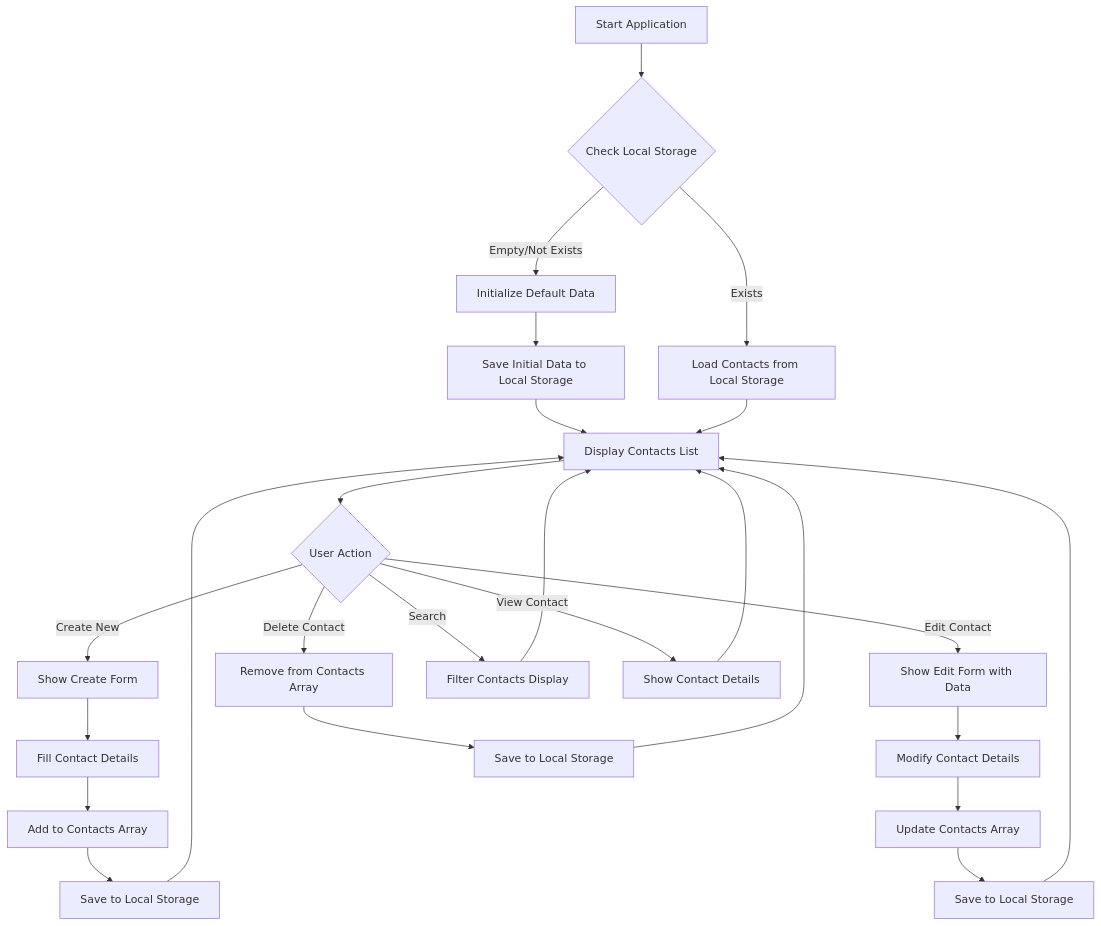
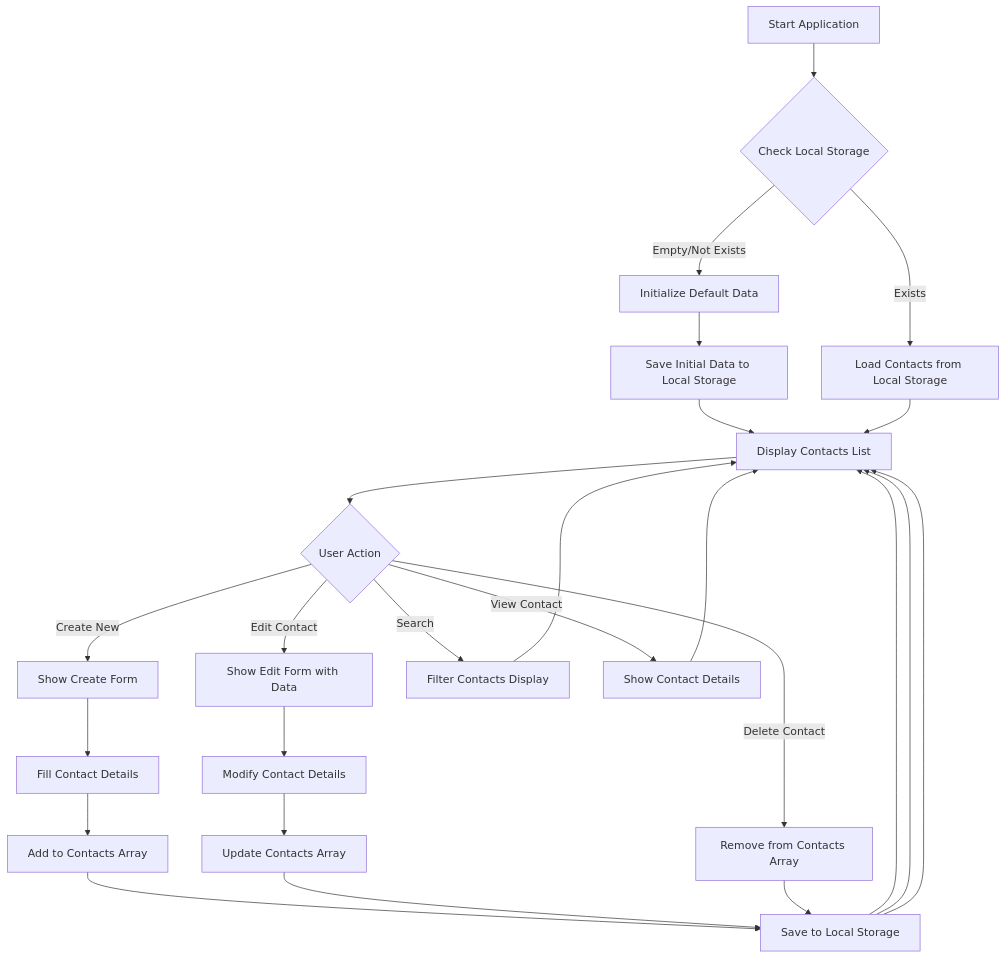
Before and after one commit to mchmdirvan/address-book: the diagram in README.md, drawn with Mermaid.

Commit message:
docs: update flowchart

````diff
--- a/README.md
+++ b/README.md
@@ -31,33 +31,33 @@
 ```mermaid
 flowchart TD
     A[Start Application] --> B{Check Local Storage}
     B -->|Exists| C[Load Contacts from Local Storage]
     B -->|Empty/Not Exists| D[Initialize Default Data]
     D --> E[Save Initial Data to Local Storage]
     E --> F[Display Contacts List]
     C --> F
 
     F --> G{User Action}
 
     G -->|Create New| H[Show Create Form]
     H --> I[Fill Contact Details]
     I --> J[Add to Contacts Array]
     J --> K[Save to Local Storage]
     K --> F
 
     G -->|Edit Contact| L[Show Edit Form with Data]
     L --> M[Modify Contact Details]
     M --> N[Update Contacts Array]
-    N --> O[Save to Local Storage]
-    O --> F
+    N --> K[Save to Local Storage]
+    K --> F
 
     G -->|Delete Contact| P[Remove from Contacts Array]
-    P --> Q[Save to Local Storage]
-    Q --> F
+    P --> K[Save to Local Storage]
+    K --> F
 
     G -->|Search| R[Filter Contacts Display]
     R --> F
 
     G -->|View Contact| S[Show Contact Details]
     S --> F
 ```
````
